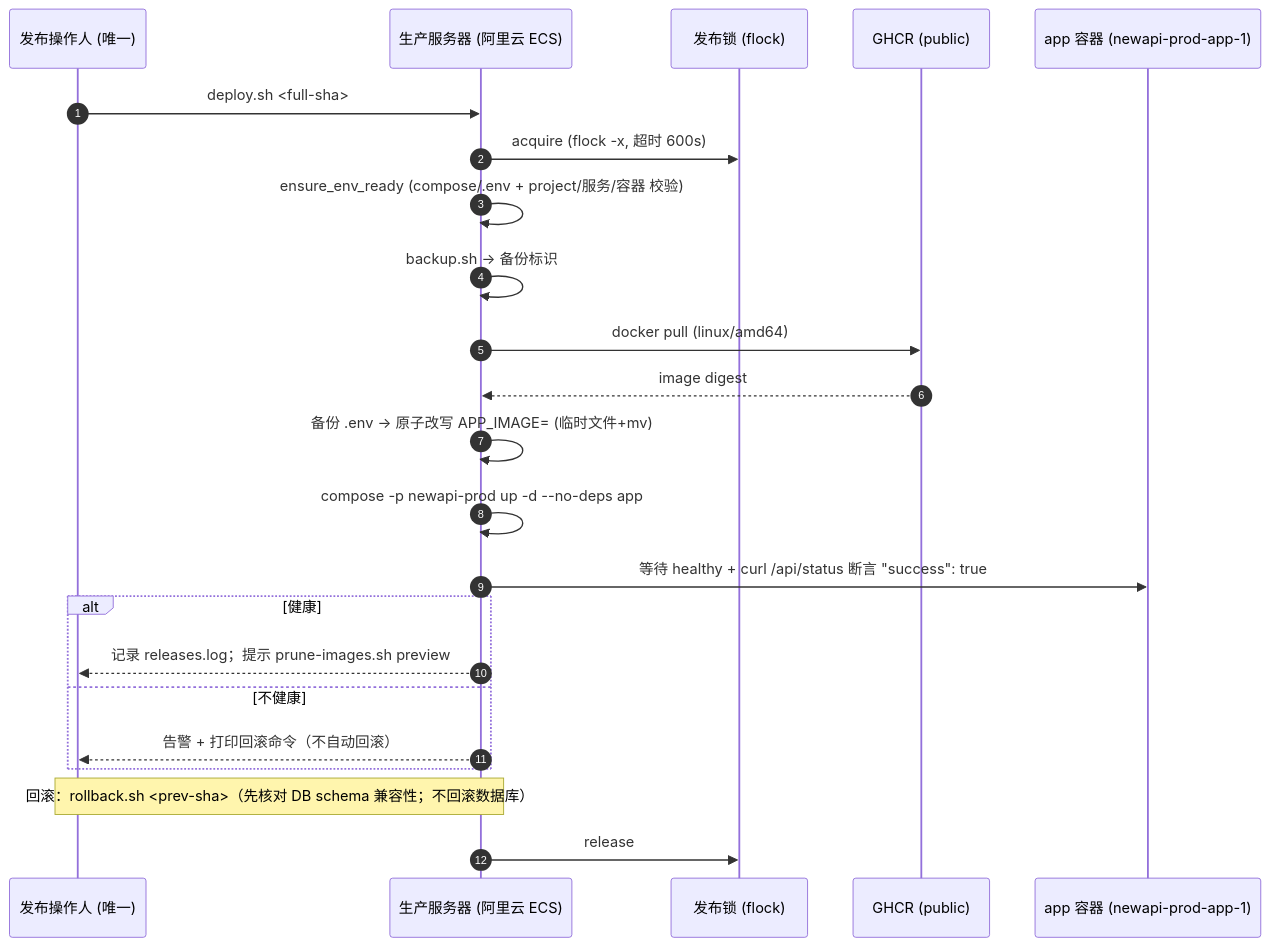
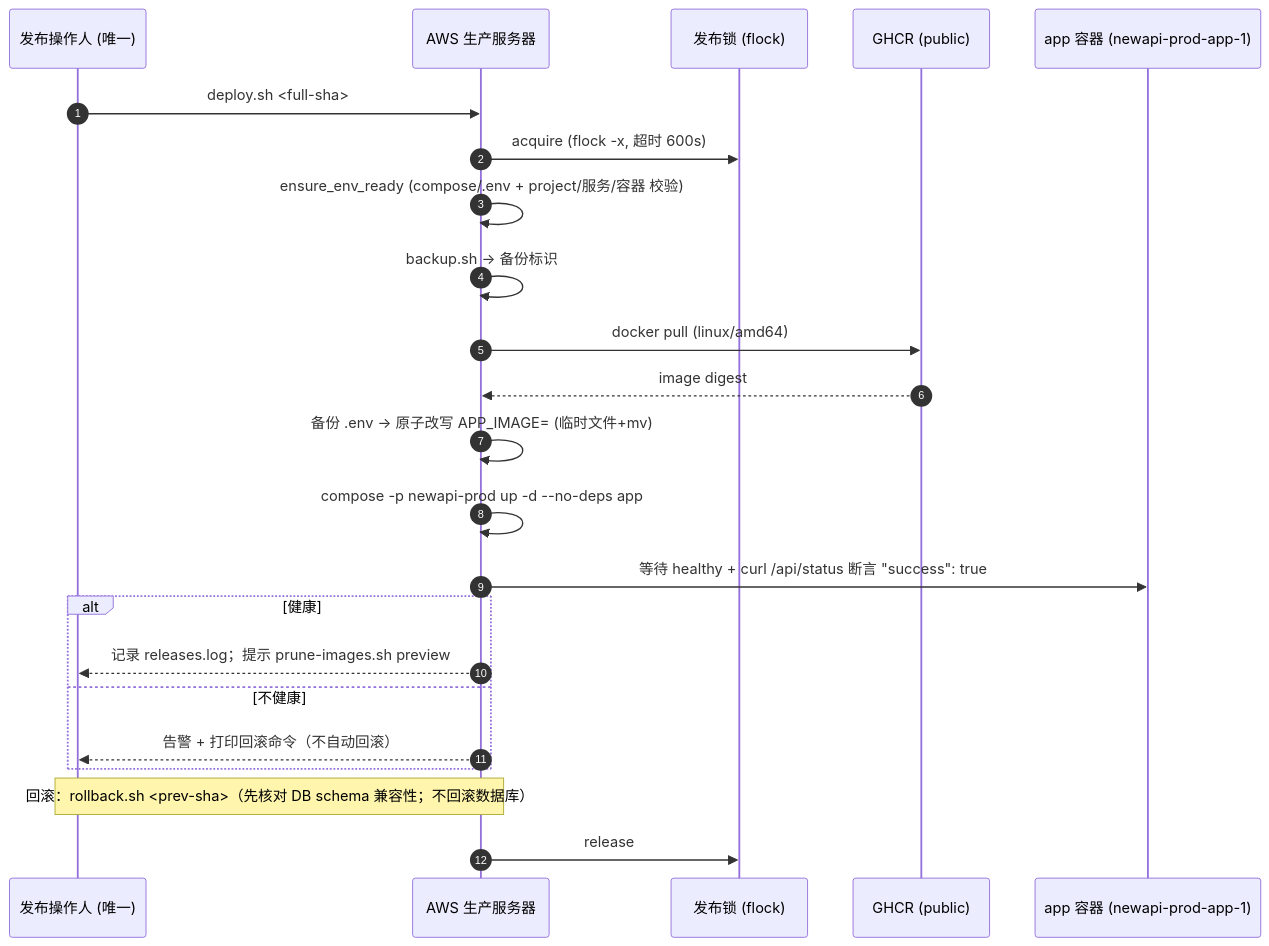
Before and after one commit to zuimeidamowang/Niu-DaLi-AWS: the second of 2 diagrams in docs/operations/cicd-ghcr.md, drawn with Mermaid. The commit also changed other lines of this file and 15 other files, not shown here.

````diff
--- a/docs/operations/cicd-ghcr.md
+++ b/docs/operations/cicd-ghcr.md
@@ -39,26 +49,26 @@
 ```mermaid
 sequenceDiagram
     autonumber
     participant Op as 发布操作人 (唯一)
-    participant Srv as 生产服务器 (阿里云 ECS)
+    participant Srv as AWS 生产服务器
     participant Lk as 发布锁 (flock)
     participant GHCR as GHCR (public)
     participant App as app 容器 (newapi-prod-app-1)
 
     Op->>Srv: deploy.sh <full-sha>
     Srv->>Lk: acquire (flock -x, 超时 600s)
     Srv->>Srv: ensure_env_ready (compose/.env + project/服务/容器 校验)
     Srv->>Srv: backup.sh -> 备份标识
     Srv->>GHCR: docker pull (linux/amd64)
     GHCR-->>Srv: image digest
     Srv->>Srv: 备份 .env -> 原子改写 APP_IMAGE= (临时文件+mv)
     Srv->>Srv: compose -p newapi-prod up -d --no-deps app
     Srv->>App: 等待 healthy + curl /api/status 断言 "success": true
     alt 健康
         Srv-->>Op: 记录 releases.log；提示 prune-images.sh preview
     else 不健康
         Srv-->>Op: 告警 + 打印回滚命令（不自动回滚）
     end
     Note over Op,Srv: 回滚：rollback.sh <prev-sha>（先核对 DB schema 兼容性；不回滚数据库）
     Srv->>Lk: release
 ```
````
